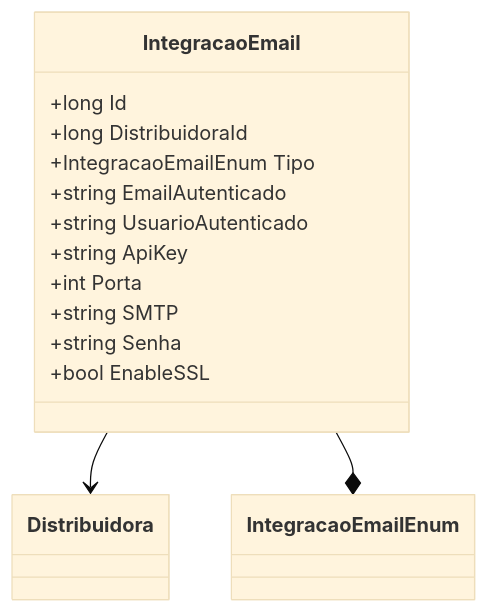
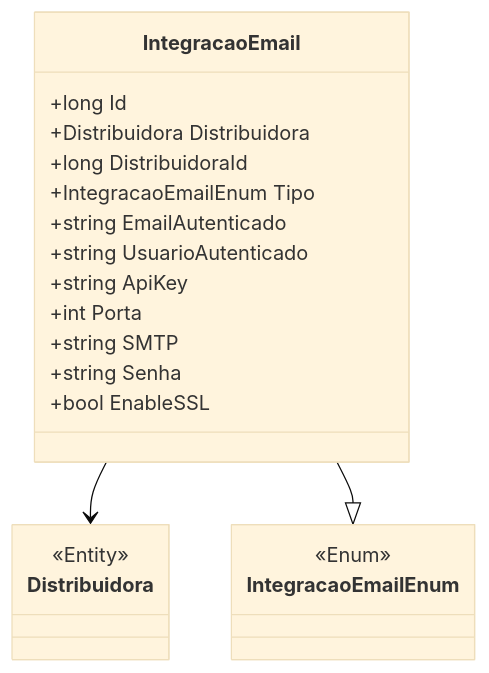
Before and after one commit to IsthmusSistemas/documentacao-tecnica: the diagram in docs/b2b-dominio/IsthmusWinthor.Nucleo/IsthmusWinthor.Dominio/Entidades/IntegracaoEmail.md, drawn with Mermaid (base theme). The commit also changed other lines of this file and 882 other files, not shown here.

````diff
--- a/docs/b2b-dominio/IsthmusWinthor.Nucleo/IsthmusWinthor.Dominio/Entidades/IntegracaoEmail.md
+++ b/docs/b2b-dominio/IsthmusWinthor.Nucleo/IsthmusWinthor.Dominio/Entidades/IntegracaoEmail.md
@@ -23,18 +21,27 @@
 ```mermaid
 classDiagram
     class IntegracaoEmail {
         +long Id
+        +Distribuidora Distribuidora
         +long DistribuidoraId
         +IntegracaoEmailEnum Tipo
         +string EmailAutenticado
         +string UsuarioAutenticado
         +string ApiKey
         +int Porta
         +string SMTP
         +string Senha
         +bool EnableSSL
     }
+    
+    class Distribuidora {
+        <<Entity>>
+    }
+
+    class IntegracaoEmailEnum {
+        <<Enum>>
+    }
 
     IntegracaoEmail --> Distribuidora
-    IntegracaoEmail --* IntegracaoEmailEnum
+    IntegracaoEmail --|> IntegracaoEmailEnum
 ```
````
